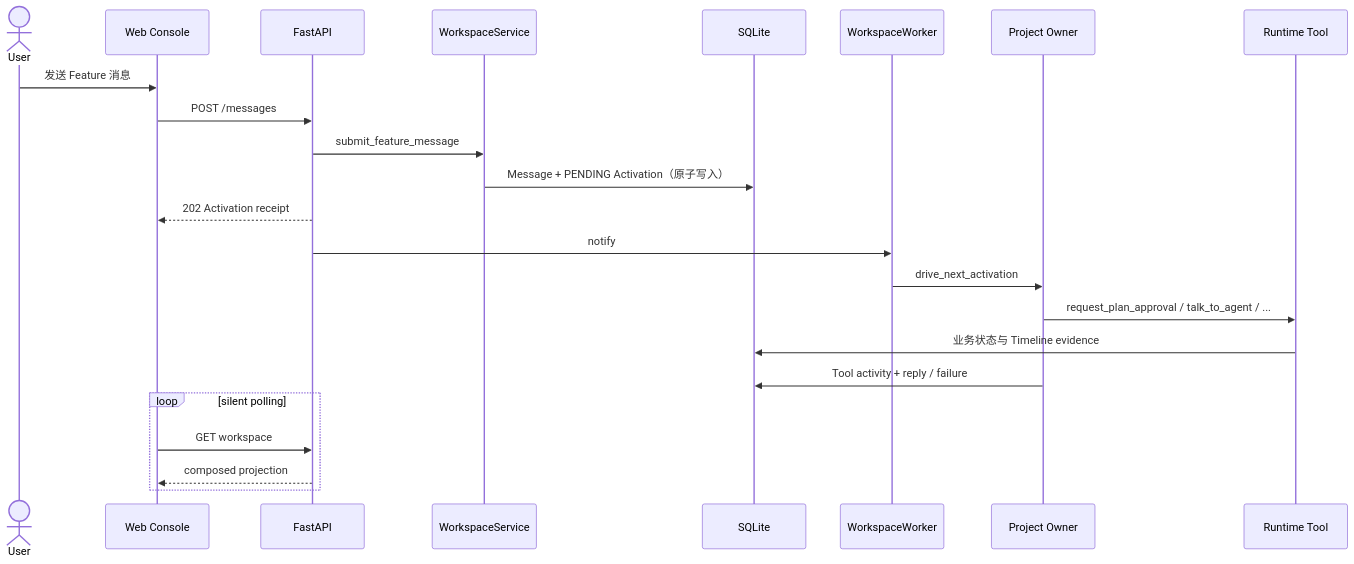
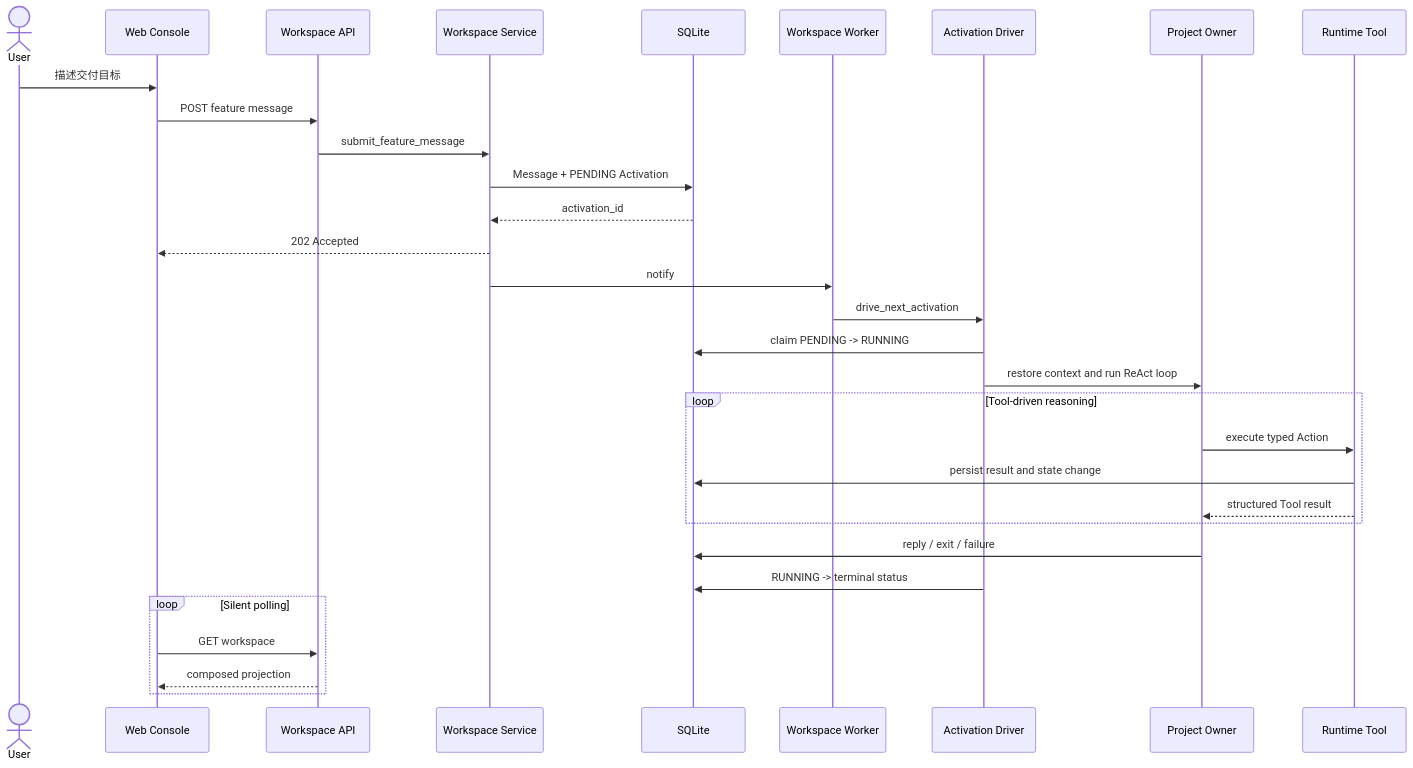
Before and after one commit to aowo-1345/AgentPanelX: the fourth of 10 diagrams in docs/architecture.md, drawn with Mermaid. The commit also changed other lines of this file and 13 other files, not shown here.

````diff
--- a/docs/architecture.md
+++ b/docs/architecture.md
@@ -70,26 +182,34 @@
 ```mermaid
 sequenceDiagram
     actor User
     participant Web as Web Console
-    participant API as FastAPI
-    participant WS as WorkspaceService
+    participant API as Workspace API
+    participant WS as Workspace Service
     participant DB as SQLite
-    participant Worker as WorkspaceWorker
+    participant Worker as Workspace Worker
+    participant Driver as Activation Driver
     participant Owner as Project Owner
     participant Tool as Runtime Tool
 
-    User->>Web: 发送 Feature 消息
-    Web->>API: POST /messages
+    User->>Web: 描述交付目标
+    Web->>API: POST feature message
     API->>WS: submit_feature_message
-    WS->>DB: Message + PENDING Activation（原子写入）
-    API-->>Web: 202 Activation receipt
-    API->>Worker: notify
-    Worker->>Owner: drive_next_activation
-    Owner->>Tool: request_plan_approval / talk_to_agent / ...
-    Tool->>DB: 业务状态与 Timeline evidence
-    Owner->>DB: Tool activity + reply / failure
-    loop silent polling
+    WS->>DB: Message + PENDING Activation
+    DB-->>WS: activation_id
+    WS-->>Web: 202 Accepted
+    WS->>Worker: notify
+    Worker->>Driver: drive_next_activation
+    Driver->>DB: claim PENDING -> RUNNING
+    Driver->>Owner: restore context and run ReAct loop
+    loop Tool-driven reasoning
+        Owner->>Tool: execute typed Action
+        Tool->>DB: persist result and state change
+        Tool-->>Owner: structured Tool result
+    end
+    Owner->>DB: reply / exit / failure
+    Driver->>DB: RUNNING -> terminal status
+    loop Silent polling
         Web->>API: GET workspace
         API-->>Web: composed projection
     end
 ```
````
